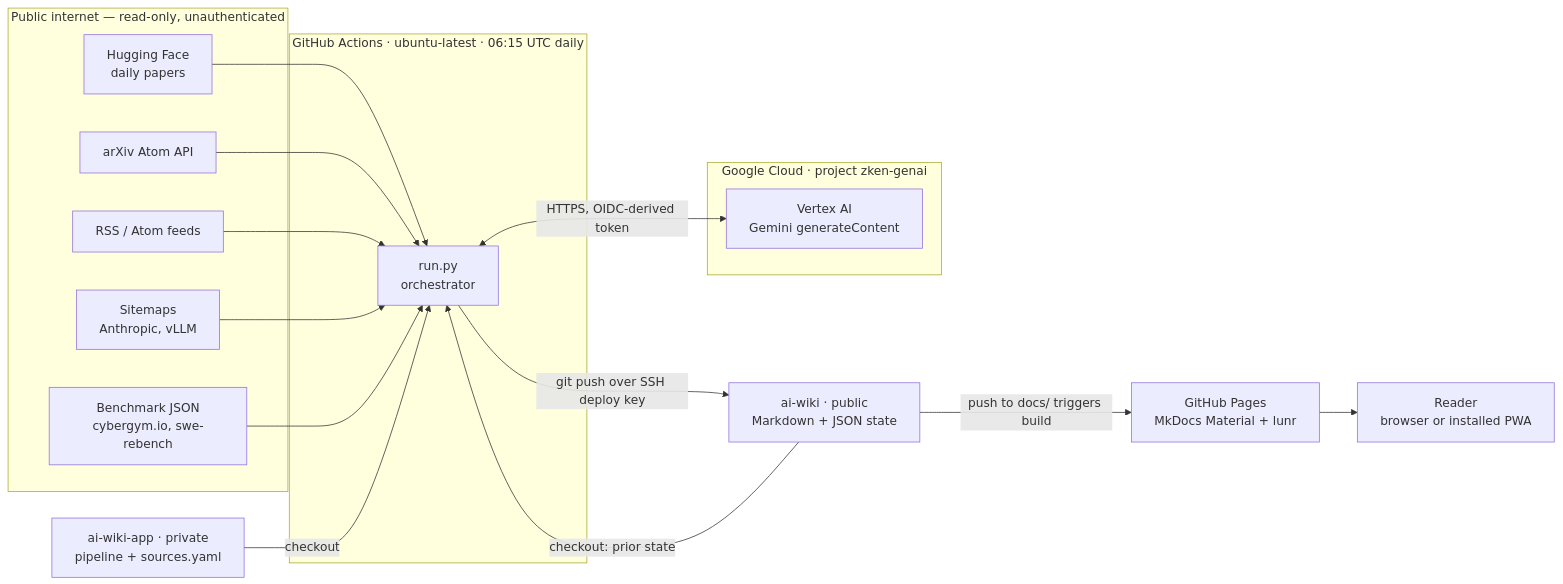
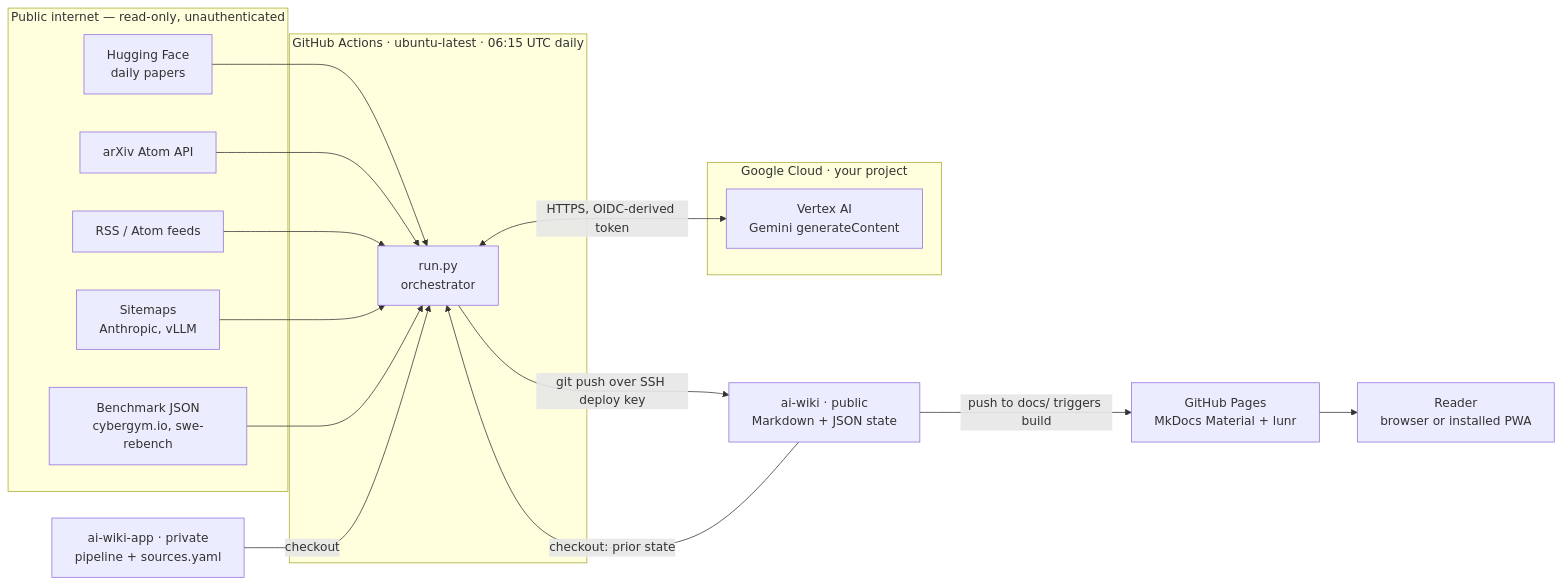
Before and after one commit to zken-cloud/ai-wiki-app: the first of 3 diagrams in README.md, drawn with Mermaid. The commit also changed other lines of this file and 3 other files, not shown here.

First line of the commit message:
Public-prep: require PROJECT_ID/GCP_PROJECT, drop owner details, add LICENSE

````diff
--- a/README.md
+++ b/README.md
@@ -20,35 +20,35 @@
 ```mermaid
 flowchart LR
     subgraph WEB["Public internet — read-only, unauthenticated"]
         HF["Hugging Face<br/>daily papers"]
         AX["arXiv Atom API"]
         RSS["RSS / Atom feeds"]
         SM["Sitemaps<br/>Anthropic, vLLM"]
         BM["Benchmark JSON<br/>cybergym.io, swe-rebench"]
     end
 
     subgraph ACT["GitHub Actions · ubuntu-latest · 06:15 UTC daily"]
         RUN["run.py<br/>orchestrator"]
     end
 
-    subgraph GCP["Google Cloud · project zken-genai"]
+    subgraph GCP["Google Cloud · your project"]
         VX["Vertex AI<br/>Gemini generateContent"]
     end
 
     APP["ai-wiki-app · private<br/>pipeline + sources.yaml"]
     WIKI["ai-wiki · public<br/>Markdown + JSON state"]
     PAGES["GitHub Pages<br/>MkDocs Material + lunr"]
     READER["Reader<br/>browser or installed PWA"]
 
     HF --> RUN
     AX --> RUN
     RSS --> RUN
     SM --> RUN
     BM --> RUN
     APP -->|checkout| RUN
     WIKI -->|"checkout: prior state"| RUN
     RUN <-->|"HTTPS, OIDC-derived token"| VX
     RUN -->|"git push over SSH deploy key"| WIKI
     WIKI -->|"push to docs/ triggers build"| PAGES
     PAGES --> READER
 ```
````
